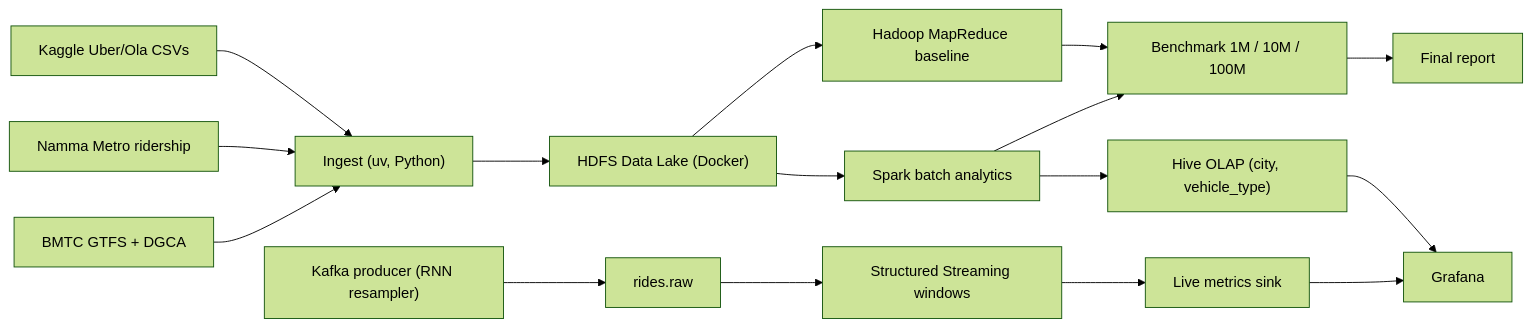
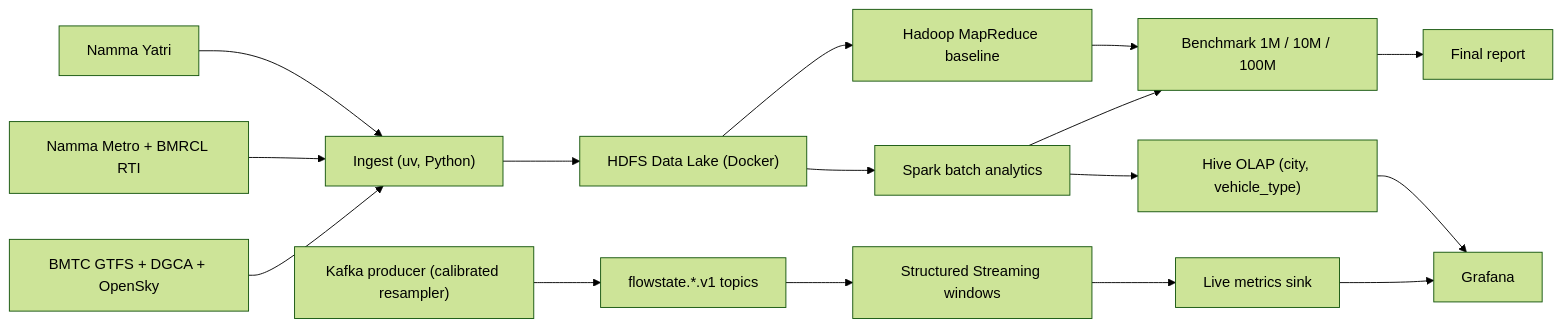
The diagram in docs/architecture.md (DarkPhoenix645/flowstate), drawn with Mermaid (forest theme) before and after one commit. The commit also changed 37 other files, not shown here.

````diff
--- a/docs/architecture.md
+++ b/docs/architecture.md
@@ -5,18 +5,18 @@
 ```mermaid
 flowchart LR
-  src1["Kaggle Uber/Ola CSVs"] --> ing["Ingest (uv, Python)"]
-  src2["Namma Metro ridership"] --> ing
-  src3["BMTC GTFS + DGCA"] --> ing
+  src1["Namma Yatri"] --> ing["Ingest (uv, Python)"]
+  src2["Namma Metro + BMRCL RTI"] --> ing
+  src3["BMTC GTFS + DGCA + OpenSky"] --> ing
   ing --> hdfs["HDFS Data Lake (Docker)"]
   hdfs --> mr["Hadoop MapReduce baseline"]
   hdfs --> spark["Spark batch analytics"]
   mr --> bench["Benchmark 1M / 10M / 100M"]
   spark --> bench
   spark --> hive["Hive OLAP (city, vehicle_type)"]
   hive --> dash["Grafana"]
-  replay["Kafka producer (RNN resampler)"] --> kafka["rides.raw"]
+  replay["Kafka producer (calibrated resampler)"] --> kafka["flowstate.*.v1 topics"]
   kafka --> sss["Structured Streaming windows"]
   sss --> sink["Live metrics sink"]
   sink --> dash
   bench --> report["Final report"]
 ```
````
